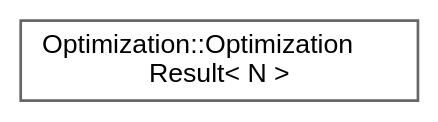
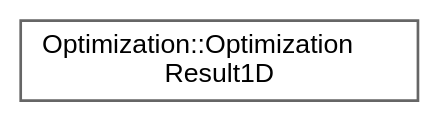
One commit to jswoo0615/Algorithms_for_Optimization_cpp changed the diagram in inherit_graph_13.dot. Above: the diagram before and after it, drawn with Graphviz. The commit also changed 33 other files, not shown here.

```diff
--- a/inherit_graph_13.dot
+++ b/inherit_graph_13.dot
@@ -1,9 +1,9 @@
 digraph "Graphical Class Hierarchy"
 {
  // LATEX_PDF_SIZE
   bgcolor="transparent";
   edge [fontname=Helvetica,fontsize=10,labelfontname=Helvetica,labelfontsize=10];
   node [fontname=Helvetica,fontsize=10,shape=box,height=0.2,width=0.4];
   rankdir="LR";
-  Node0 [id="Node000000",label="Optimization::Optimization\lResult\< N \>",height=0.2,width=0.4,color="grey40", fillcolor="white", style="filled",URL="$structOptimization_1_1OptimizationResult.html",tooltip="최적화 결과를 담는 구조체 (N차원 지원)"];
+  Node0 [id="Node000000",label="Optimization::Optimization\lResult1D",height=0.2,width=0.4,color="grey40", fillcolor="white", style="filled",URL="$structOptimization_1_1OptimizationResult1D.html",tooltip="1차원 최적화 결과를 담는 구조체"];
 }
```
